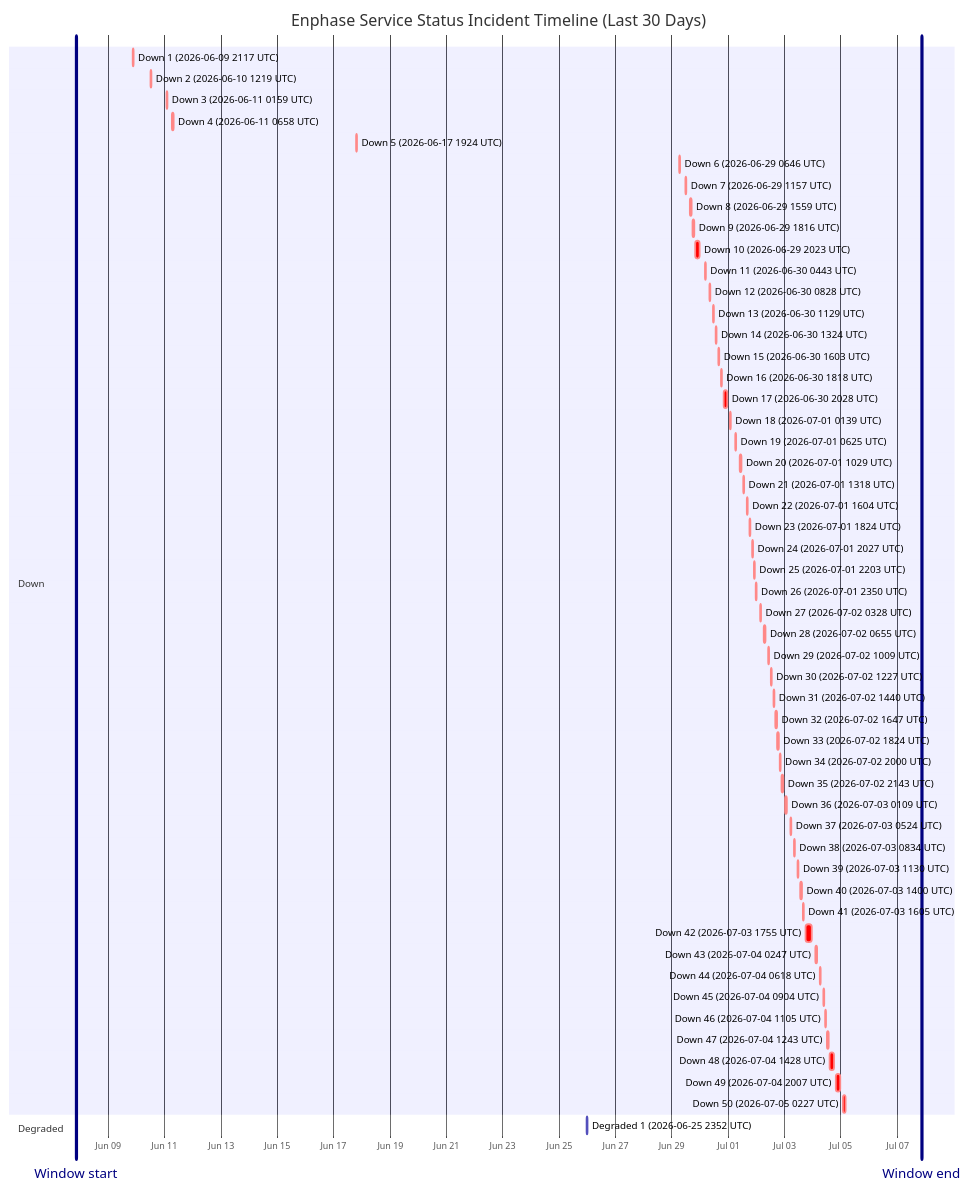
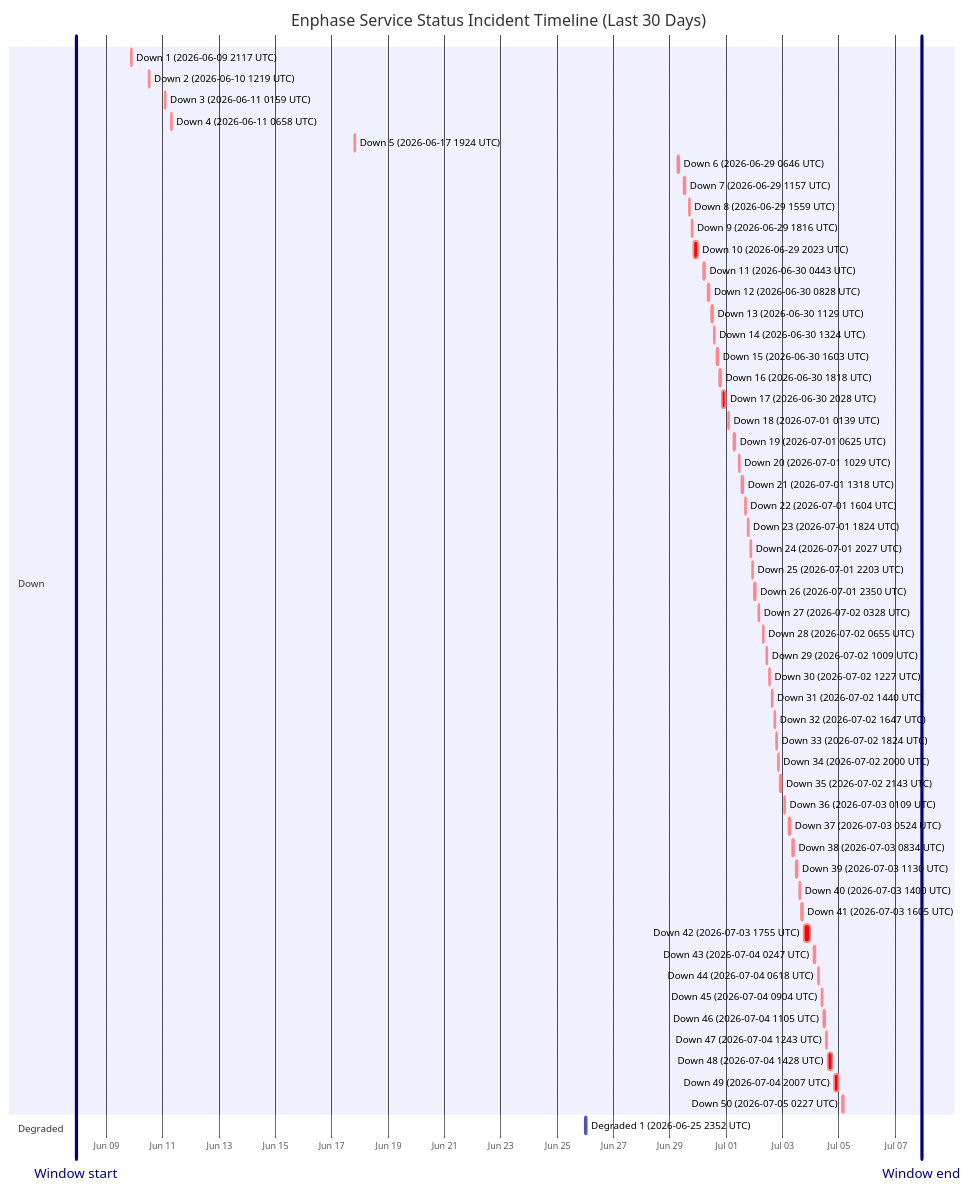
The diagram in wiki/Service-Status-History.md (barneyonline/ha-enphase-energy), drawn with Mermaid before and after one commit. The commit also changed other lines of this file and 3 other files, not shown here.

````diff
--- a/wiki/Service-Status-History.md
+++ b/wiki/Service-Status-History.md
@@ -14,61 +14,61 @@
 ```mermaid
 gantt
     title Enphase Service Status Incident Timeline (Last 30 Days)
     dateFormat  YYYY-MM-DDTHH:mm:ss
     axisFormat  %b %d
-    Window start :vert, window-start, 2026-06-07T20:48:57, 0ms
-    Window end :vert, window-end, 2026-07-07T20:48:57, 0ms
+    Window start :vert, window-start, 2026-06-07T22:10:06, 0ms
+    Window end :vert, window-end, 2026-07-07T22:10:06, 0ms
     section Down
     Down 1 (2026-06-09 2117 UTC) :crit, down-1, 2026-06-09T21:17:17, 60m
     Down 2 (2026-06-10 1219 UTC) :crit, down-2, 2026-06-10T12:19:21, 60m
     Down 3 (2026-06-11 0159 UTC) :crit, down-3, 2026-06-11T01:59:36, 60m
     Down 4 (2026-06-11 0658 UTC) :crit, down-4, 2026-06-11T06:58:45, 60m
     Down 5 (2026-06-17 1924 UTC) :crit, down-5, 2026-06-17T19:24:51, 60m
     Down 6 (2026-06-29 0646 UTC) :crit, down-6, 2026-06-29T06:46:18, 60m
     Down 7 (2026-06-29 1157 UTC) :crit, down-7, 2026-06-29T11:57:36, 60m
     Down 8 (2026-06-29 1559 UTC) :crit, down-8, 2026-06-29T15:59:02, 60m
     Down 9 (2026-06-29 1816 UTC) :crit, down-9, 2026-06-29T18:16:38, 60m
     Down 10 (2026-06-29 2023 UTC) :crit, down-10, 2026-06-29T20:23:16, 220m
     Down 11 (2026-06-30 0443 UTC) :crit, down-11, 2026-06-30T04:43:54, 60m
     Down 12 (2026-06-30 0828 UTC) :crit, down-12, 2026-06-30T08:28:43, 60m
     Down 13 (2026-06-30 1129 UTC) :crit, down-13, 2026-06-30T11:29:15, 60m
     Down 14 (2026-06-30 1324 UTC) :crit, down-14, 2026-06-30T13:24:25, 60m
     Down 15 (2026-06-30 1603 UTC) :crit, down-15, 2026-06-30T16:03:26, 60m
     Down 16 (2026-06-30 1818 UTC) :crit, down-16, 2026-06-30T18:18:39, 60m
     Down 17 (2026-06-30 2028 UTC) :crit, down-17, 2026-06-30T20:28:54, 171m
     Down 18 (2026-07-01 0139 UTC) :crit, down-18, 2026-07-01T01:39:18, 60m
     Down 19 (2026-07-01 0625 UTC) :crit, down-19, 2026-07-01T06:25:35, 60m
     Down 20 (2026-07-01 1029 UTC) :crit, down-20, 2026-07-01T10:29:24, 60m
     Down 21 (2026-07-01 1318 UTC) :crit, down-21, 2026-07-01T13:18:31, 60m
     Down 22 (2026-07-01 1604 UTC) :crit, down-22, 2026-07-01T16:04:29, 60m
     Down 23 (2026-07-01 1824 UTC) :crit, down-23, 2026-07-01T18:24:21, 60m
     Down 24 (2026-07-01 2027 UTC) :crit, down-24, 2026-07-01T20:27:17, 60m
     Down 25 (2026-07-01 2203 UTC) :crit, down-25, 2026-07-01T22:03:46, 60m
     Down 26 (2026-07-01 2350 UTC) :crit, down-26, 2026-07-01T23:50:52, 60m
     Down 27 (2026-07-02 0328 UTC) :crit, down-27, 2026-07-02T03:28:33, 60m
     Down 28 (2026-07-02 0655 UTC) :crit, down-28, 2026-07-02T06:55:07, 60m
     Down 29 (2026-07-02 1009 UTC) :crit, down-29, 2026-07-02T10:09:15, 60m
     Down 30 (2026-07-02 1227 UTC) :crit, down-30, 2026-07-02T12:27:49, 60m
     Down 31 (2026-07-02 1440 UTC) :crit, down-31, 2026-07-02T14:40:53, 60m
     Down 32 (2026-07-02 1647 UTC) :crit, down-32, 2026-07-02T16:47:47, 60m
     Down 33 (2026-07-02 1824 UTC) :crit, down-33, 2026-07-02T18:24:26, 60m
     Down 34 (2026-07-02 2000 UTC) :crit, down-34, 2026-07-02T20:00:57, 60m
     Down 35 (2026-07-02 2143 UTC) :crit, down-35, 2026-07-02T21:43:52, 80m
     Down 36 (2026-07-03 0109 UTC) :crit, down-36, 2026-07-03T01:09:19, 60m
     Down 37 (2026-07-03 0524 UTC) :crit, down-37, 2026-07-03T05:24:23, 60m
     Down 38 (2026-07-03 0834 UTC) :crit, down-38, 2026-07-03T08:34:05, 60m
     Down 39 (2026-07-03 1130 UTC) :crit, down-39, 2026-07-03T11:30:41, 60m
     Down 40 (2026-07-03 1400 UTC) :crit, down-40, 2026-07-03T14:00:48, 60m
     Down 41 (2026-07-03 1605 UTC) :crit, down-41, 2026-07-03T16:05:49, 60m
     Down 42 (2026-07-03 1755 UTC) :crit, down-42, 2026-07-03T17:55:54, 338m
     Down 43 (2026-07-04 0247 UTC) :crit, down-43, 2026-07-04T02:47:22, 60m
     Down 44 (2026-07-04 0618 UTC) :crit, down-44, 2026-07-04T06:18:09, 60m
     Down 45 (2026-07-04 0904 UTC) :crit, down-45, 2026-07-04T09:04:41, 60m
     Down 46 (2026-07-04 1105 UTC) :crit, down-46, 2026-07-04T11:05:21, 60m
     Down 47 (2026-07-04 1243 UTC) :crit, down-47, 2026-07-04T12:43:25, 60m
     Down 48 (2026-07-04 1428 UTC) :crit, down-48, 2026-07-04T14:28:07, 243m
     Down 49 (2026-07-04 2007 UTC) :crit, down-49, 2026-07-04T20:07:50, 206m
     Down 50 (2026-07-05 0227 UTC) :crit, down-50, 2026-07-05T02:27:32, 109m
     section Degraded
     Degraded 1 (2026-06-25 2352 UTC) :active, degraded-1, 2026-06-25T23:52:01, 60m
 ```
````
